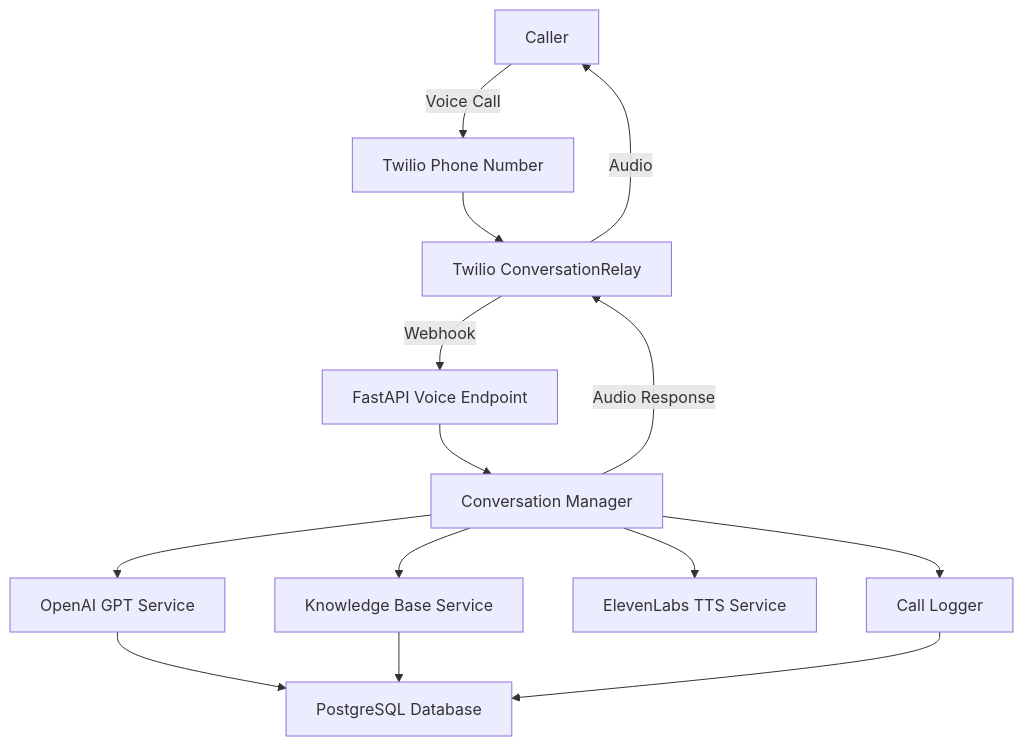
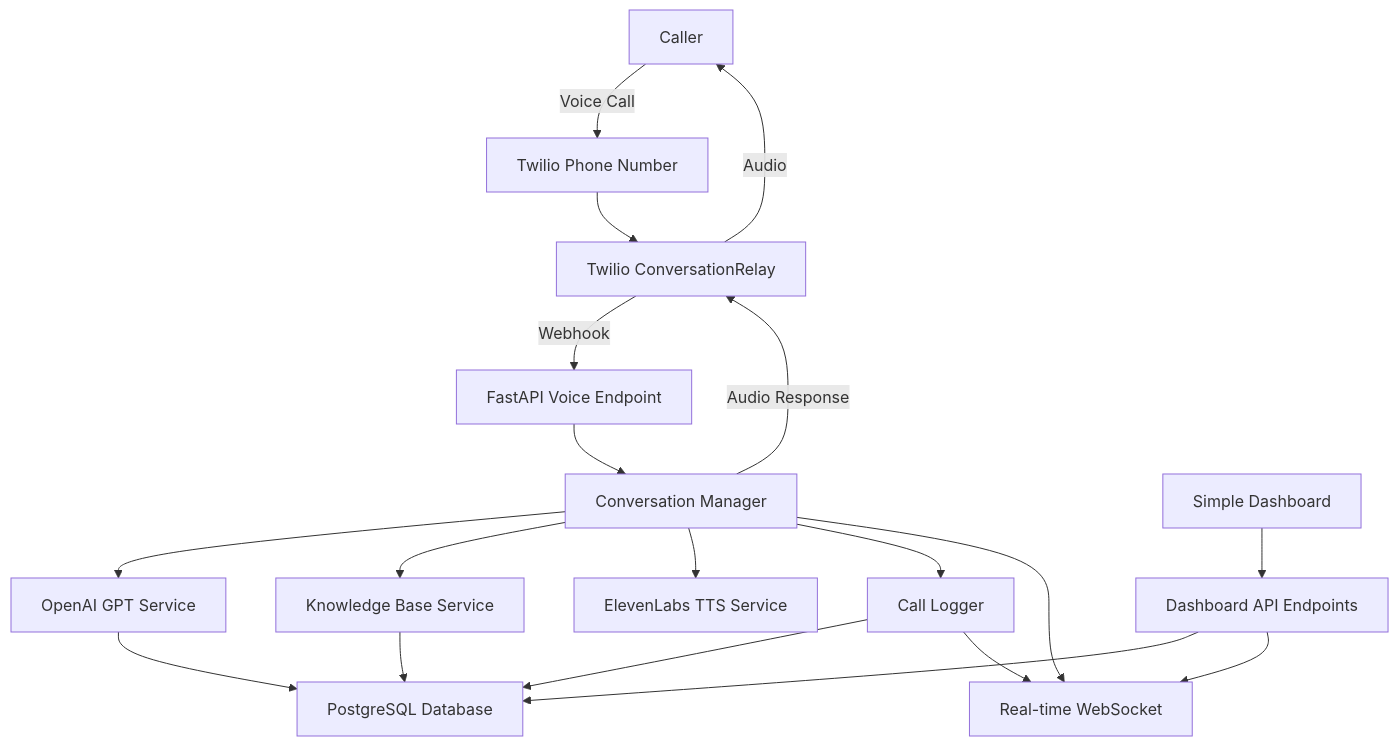
The diagram in .kiro/specs/ai-voice-agent-mvp/design.md (sankalprbp/cursor_sample), drawn with Mermaid before and after one commit. The commit also changed other lines of this file and 8 other files, not shown here.

````diff
--- a/.kiro/specs/ai-voice-agent-mvp/design.md
+++ b/.kiro/specs/ai-voice-agent-mvp/design.md
@@ -11,16 +11,22 @@
 ```mermaid
 graph TB
     A[Caller] -->|Voice Call| B[Twilio Phone Number]
     B --> C[Twilio ConversationRelay]
     C -->|Webhook| D[FastAPI Voice Endpoint]
     D --> E[Conversation Manager]
     E --> F[OpenAI GPT Service]
     E --> G[Knowledge Base Service]
     E --> H[ElevenLabs TTS Service]
     E --> I[Call Logger]
     F --> J[PostgreSQL Database]
     G --> J
     I --> J
     E -->|Audio Response| C
     C -->|Audio| A
+    
+    K[Simple Dashboard] --> L[Dashboard API Endpoints]
+    L --> J
+    L --> M[Real-time WebSocket]
+    E --> M
+    I --> M
 ```
````
